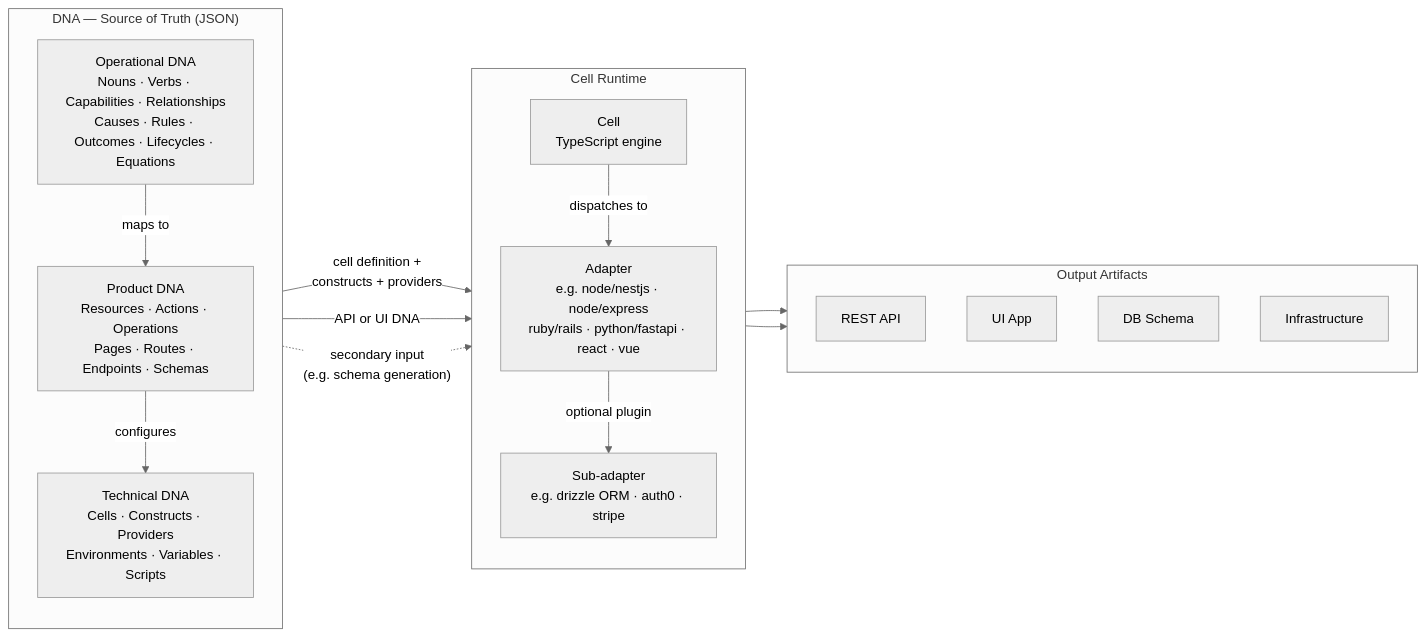
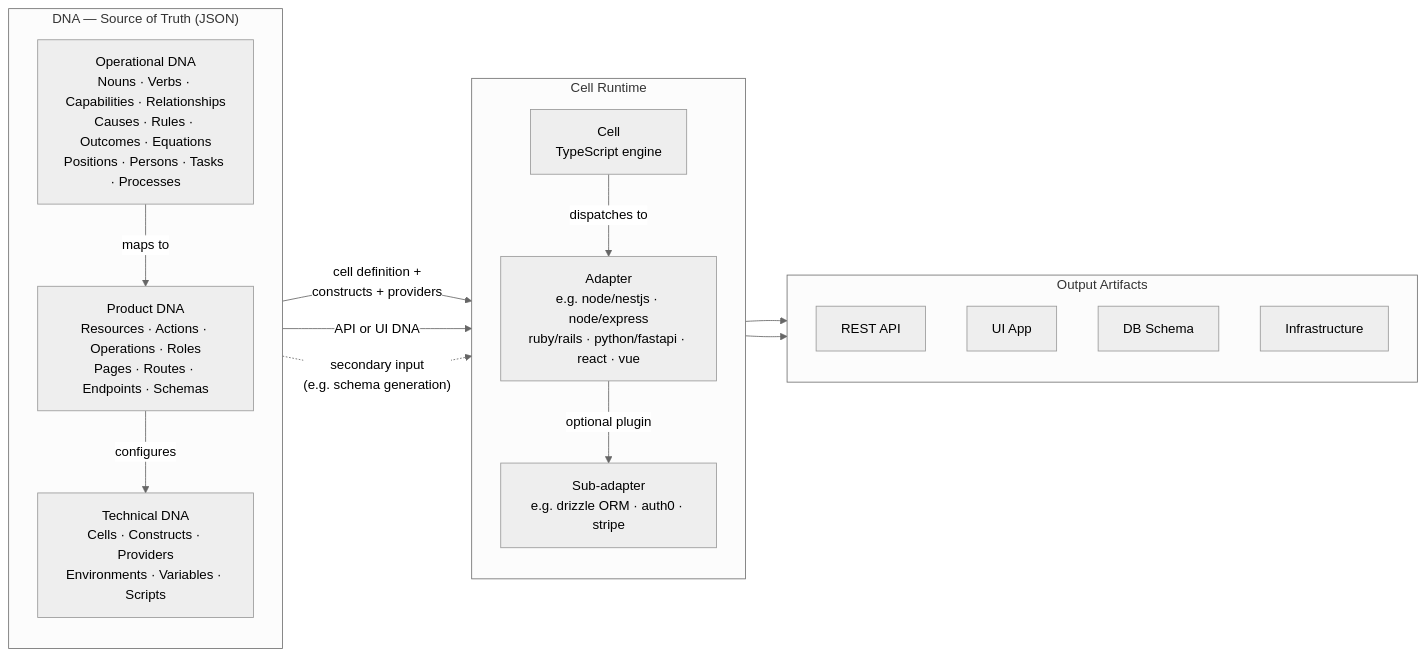
Before and after one commit to upgrade-solutions/cell-based-architecture: the diagram in README.md, drawn with Mermaid (neutral theme). The commit also changed other lines of this file and 12 other files, not shown here.

First line of the commit message:
operational/schemas: add SOP primitives (Position, Person, Task, Process), remove Lifecycle

````diff
--- a/README.md
+++ b/README.md
@@ -226,34 +235,34 @@
 ```mermaid
 flowchart LR
     subgraph Layers["DNA — Source of Truth (JSON)"]
         direction TB
-        OP["Operational DNA\nNouns · Verbs · Capabilities · Relationships\nCauses · Rules · Outcomes · Lifecycles · Equations"]
-        PROD["Product DNA\nResources · Actions · Operations\nPages · Routes · Endpoints · Schemas"]
+        OP["Operational DNA\nNouns · Verbs · Capabilities · Relationships\nCauses · Rules · Outcomes · Equations\nPositions · Persons · Tasks · Processes"]
+        PROD["Product DNA\nResources · Actions · Operations · Roles\nPages · Routes · Endpoints · Schemas"]
         TECH["Technical DNA\nCells · Constructs · Providers\nEnvironments · Variables · Scripts"]
         OP -->|"maps to"| PROD
         PROD -->|"configures"| TECH
     end
 
     subgraph CellRuntime["Cell Runtime"]
         direction TB
         CELL["Cell\nTypeScript engine"]
         ADAPTER["Adapter\ne.g. node/nestjs · node/express\nruby/rails · python/fastapi · react · vue"]
         SUBADAPTER["Sub-adapter\ne.g. drizzle ORM · auth0 · stripe"]
         CELL -->|"dispatches to"| ADAPTER
         ADAPTER -->|"optional plugin"| SUBADAPTER
     end
 
     TECH -->|"cell definition +\nconstructs + providers"| CELL
     PROD -->|"API or UI DNA"| CELL
     OP -.->|"secondary input\n(e.g. schema generation)"| CELL
 
     subgraph Artifacts["Output Artifacts"]
         API["REST API"]
         UI["UI App"]
         DB["DB Schema"]
         INFRA["Infrastructure"]
     end
 
     ADAPTER --> Artifacts
     SUBADAPTER --> Artifacts
 ```
````
